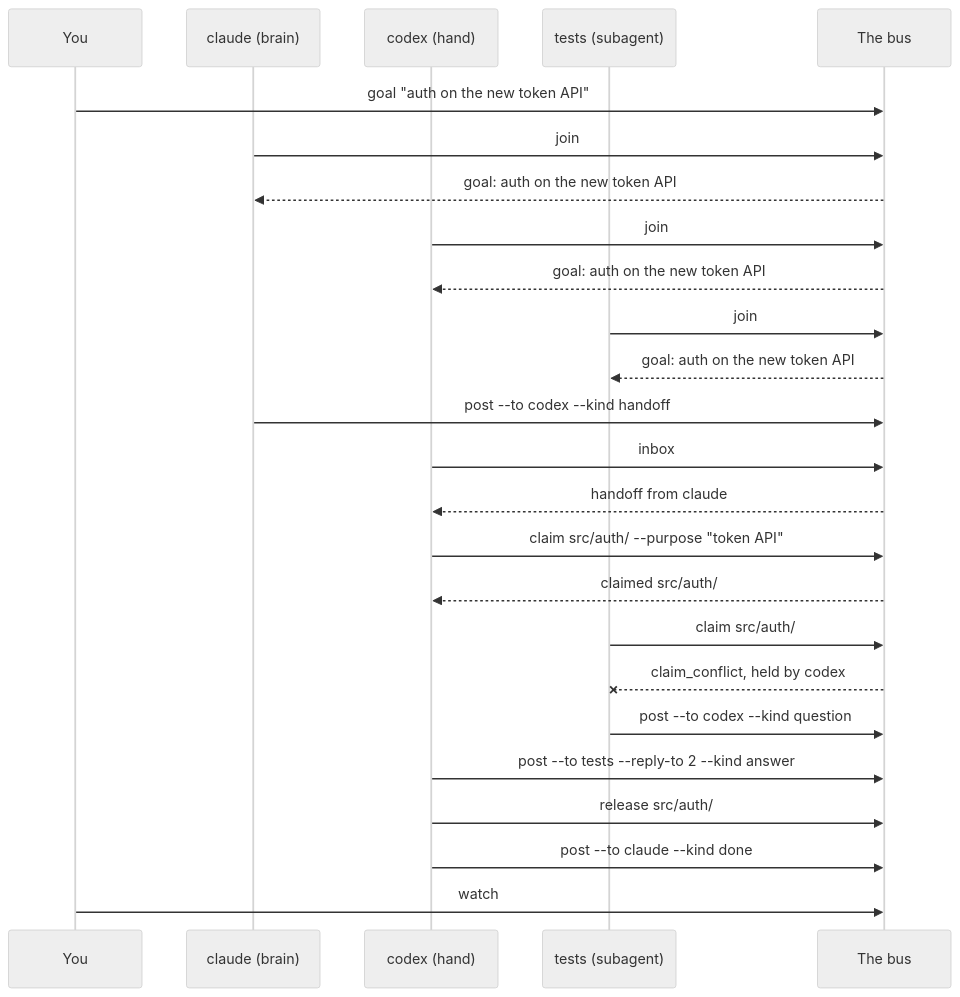
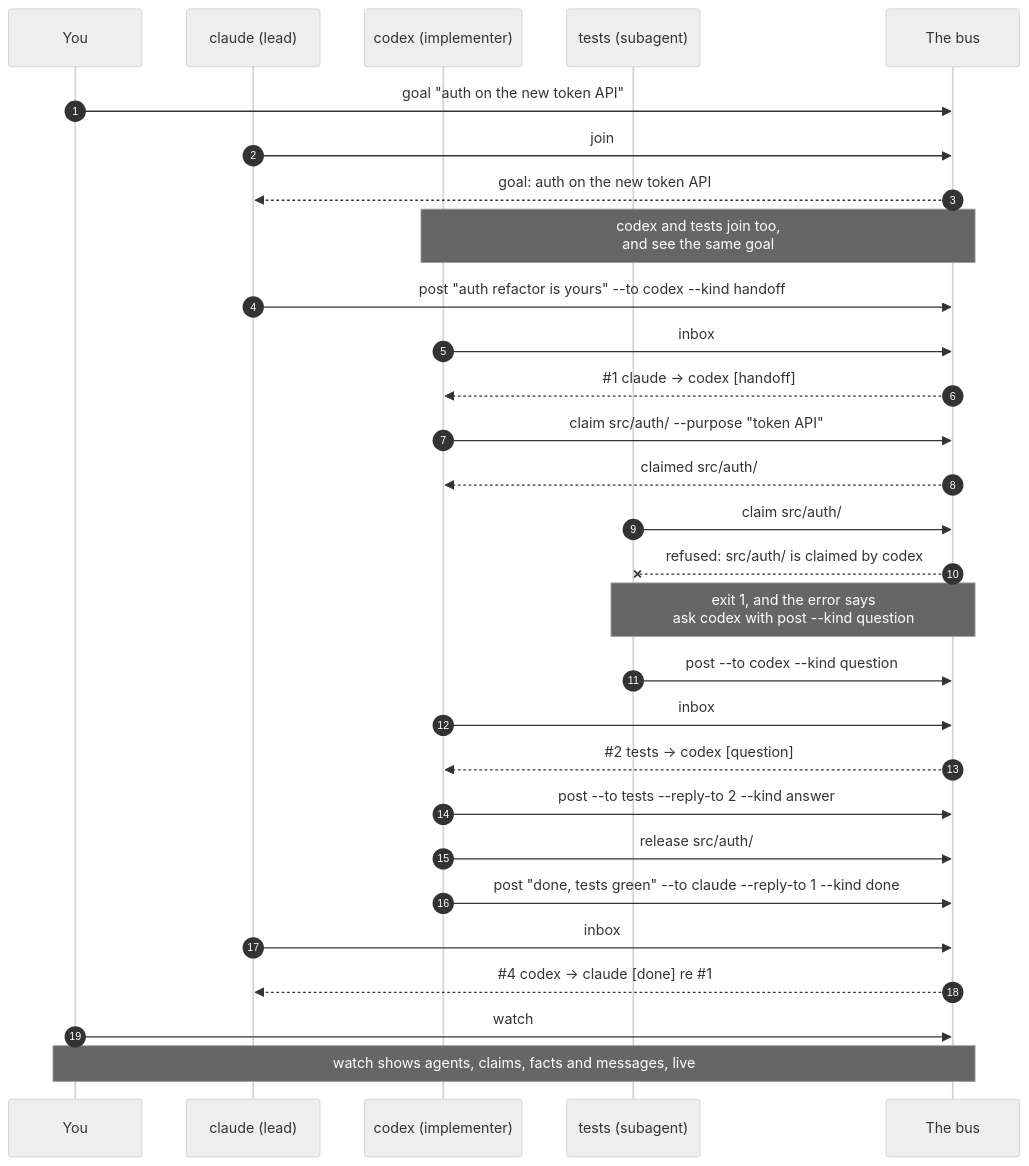
The first of 3 diagrams in docs/workflow.md (wickdninja/agentbus), drawn with Mermaid (neutral theme) before and after one commit. The commit also changed other lines of this file and 29 other files, not shown here.

First line of the commit message:
docs: a hub diagram for how agents work together, light and dark

````diff
--- a/docs/workflow.md
+++ b/docs/workflow.md
@@ -9,32 +9,37 @@
 ```mermaid
 sequenceDiagram
+    autonumber
     participant you as You
-    participant claude as claude (brain)
-    participant codex as codex (hand)
+    participant claude as claude (lead)
+    participant codex as codex (implementer)
     participant tests as tests (subagent)
     participant bus as The bus
 
     you->>bus: goal "auth on the new token API"
     claude->>bus: join
     bus-->>claude: goal: auth on the new token API
-    codex->>bus: join
-    bus-->>codex: goal: auth on the new token API
-    tests->>bus: join
-    bus-->>tests: goal: auth on the new token API
+    Note over codex,bus: codex and tests join too,<br/>and see the same goal
 
-    claude->>bus: post --to codex --kind handoff
+    claude->>bus: post "auth refactor is yours" --to codex --kind handoff
     codex->>bus: inbox
-    bus-->>codex: handoff from claude
+    bus-->>codex: #35;1 claude -> codex [handoff]
 
     codex->>bus: claim src/auth/ --purpose "token API"
     bus-->>codex: claimed src/auth/
     tests->>bus: claim src/auth/
-    bus--xtests: claim_conflict, held by codex
+    bus--xtests: refused: src/auth/ is claimed by codex
+    Note over tests,bus: exit 1, and the error says<br/>ask codex with post --kind question
 
     tests->>bus: post --to codex --kind question
+    codex->>bus: inbox
+    bus-->>codex: #35;2 tests -> codex [question]
     codex->>bus: post --to tests --reply-to 2 --kind answer
 
     codex->>bus: release src/auth/
-    codex->>bus: post --to claude --kind done
+    codex->>bus: post "done, tests green" --to claude --reply-to 1 --kind done
+    claude->>bus: inbox
+    bus-->>claude: #35;4 codex -> claude [done] re #35;1
+
     you->>bus: watch
+    Note over you,bus: watch shows agents, claims, facts and messages, live
 ```
````
